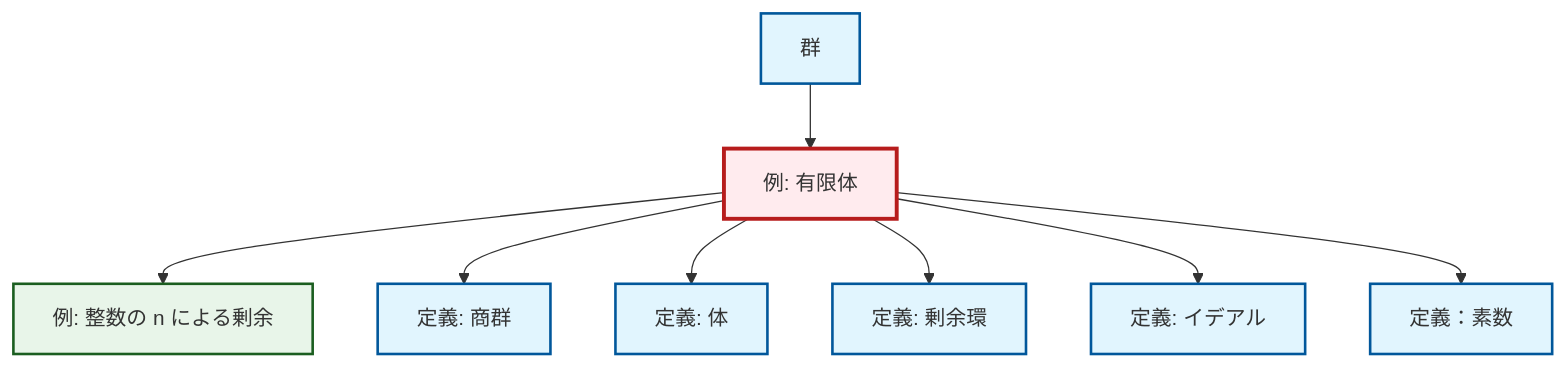
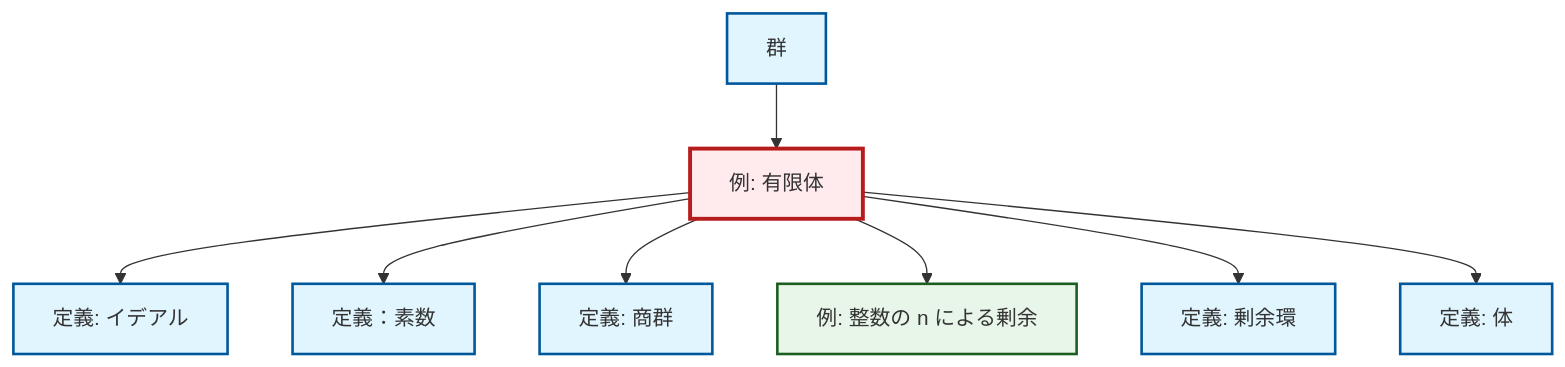
One commit to RK0429/ModernMath changed the diagram in content/ja/algebra/ex-finite-field.qmd. Above: the diagram before and after it, drawn with Mermaid. The commit also changed other lines of this file and 328 other files, not shown here.

````diff
--- a/content/ja/algebra/ex-finite-field.qmd
+++ b/content/ja/algebra/ex-finite-field.qmd
@@ -67,32 +67,32 @@
 ```{mermaid}
 %%| fig-cap: "ローカル依存関係グラフ"
 graph TD
     classDef definition fill:#e1f5fe,stroke:#01579b,stroke-width:2px
     classDef theorem fill:#f3e5f5,stroke:#4a148c,stroke-width:2px
     classDef axiom fill:#fff3e0,stroke:#e65100,stroke-width:2px
     classDef example fill:#e8f5e9,stroke:#1b5e20,stroke-width:2px
     classDef current fill:#ffebee,stroke:#b71c1c,stroke-width:3px
-    def-quotient-group["定義: 商群"]:::definition
+    def-field["定義: 体"]:::definition
+    def-ideal["定義: イデアル"]:::definition
     ex-quotient-integers-mod-n["例: 整数の n による剰余"]:::example
     def-quotient-ring["定義: 剰余環"]:::definition
-    def-ideal["定義: イデアル"]:::definition
+    def-group["群"]:::definition
     def-prime["定義：素数"]:::definition
-    def-group["群"]:::definition
-    def-field["定義: 体"]:::definition
+    def-quotient-group["定義: 商群"]:::definition
     ex-finite-field["例: 有限体"]:::example
+    ex-finite-field --> def-ideal
+    def-group --> ex-finite-field
+    ex-finite-field --> def-prime
+    ex-finite-field --> def-quotient-group
     ex-finite-field --> ex-quotient-integers-mod-n
-    ex-finite-field --> def-quotient-group
-    def-group --> ex-finite-field
+    ex-finite-field --> def-quotient-ring
     ex-finite-field --> def-field
-    ex-finite-field --> def-quotient-ring
-    ex-finite-field --> def-ideal
-    ex-finite-field --> def-prime
     class ex-finite-field current
-    click def-quotient-group "def-quotient-group.html" "商群の定義へ"
+    click def-field "def-field.html" "体の定義へ"
+    click def-ideal "def-ideal.html" "イデアルの定義へ"
     click ex-quotient-integers-mod-n "ex-quotient-integers-mod-n.html" "整数の n による剰余の例へ"
     click def-quotient-ring "def-quotient-ring.html" "剰余環の定義へ"
-    click def-ideal "def-ideal.html" "イデアルの定義へ"
+    click def-group "def-group.html" "群へ"
     click def-prime "def-prime.html" "定義：素数へ"
-    click def-group "def-group.html" "群へ"
-    click def-field "def-field.html" "体の定義へ"
+    click def-quotient-group "def-quotient-group.html" "商群の定義へ"
 ```
````
